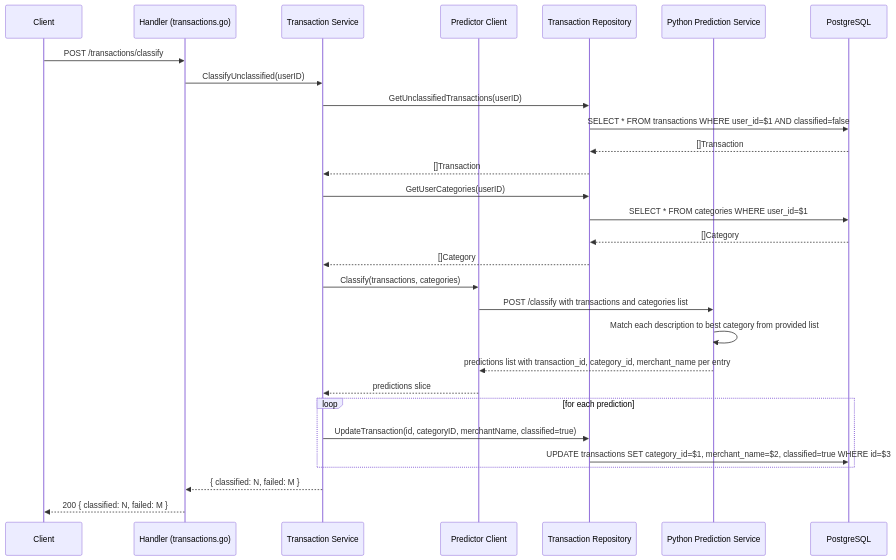
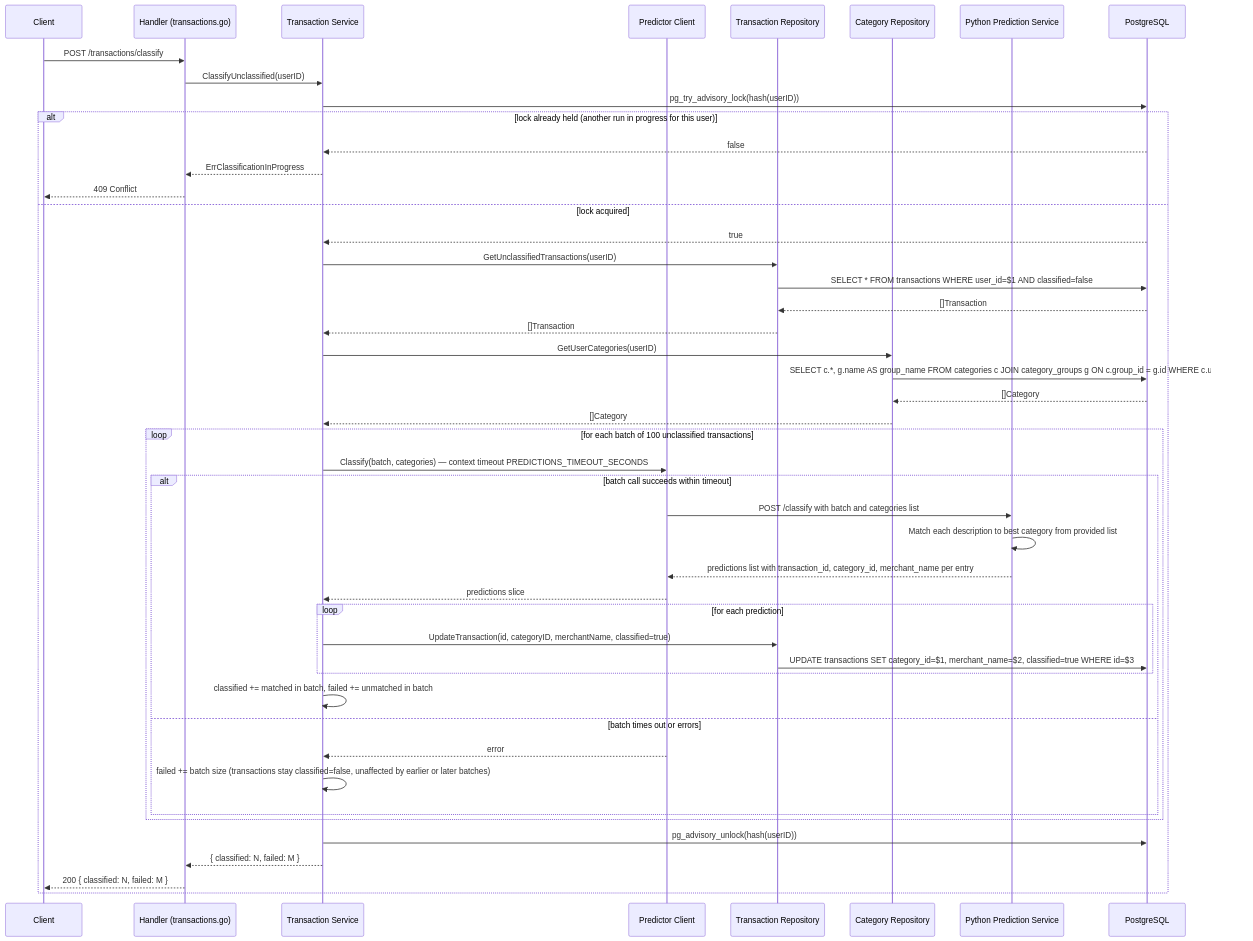
The tenth of 13 diagrams in backend/docs/flows.md (ppinedo0714/a-couple-of-coins), drawn with Mermaid before and after one commit. The commit also changed other lines of this file and 3 other files, not shown here.

````diff
--- a/backend/docs/flows.md
+++ b/backend/docs/flows.md
@@ -184,36 +402,53 @@
 ```mermaid
 sequenceDiagram
     participant C as Client
     participant H as Handler (transactions.go)
     participant TS as Transaction Service
     participant PC as Predictor Client
     participant TR as Transaction Repository
+    participant CR as Category Repository
     participant PS as Python Prediction Service
     participant DB as PostgreSQL
 
     C->>H: POST /transactions/classify
     H->>TS: ClassifyUnclassified(userID)
-    TS->>TR: GetUnclassifiedTransactions(userID)
-    TR->>DB: SELECT * FROM transactions WHERE user_id=$1 AND classified=false
-    DB-->>TR: []Transaction
-    TR-->>TS: []Transaction
+    TS->>DB: pg_try_advisory_lock(hash(userID))
+    alt lock already held (another run in progress for this user)
+        DB-->>TS: false
+        TS-->>H: ErrClassificationInProgress
+        H-->>C: 409 Conflict
+    else lock acquired
+        DB-->>TS: true
+        TS->>TR: GetUnclassifiedTransactions(userID)
+        TR->>DB: SELECT * FROM transactions WHERE user_id=$1 AND classified=false
+        DB-->>TR: []Transaction
+        TR-->>TS: []Transaction
 
-    TS->>TR: GetUserCategories(userID)
-    TR->>DB: SELECT * FROM categories WHERE user_id=$1
-    DB-->>TR: []Category
-    TR-->>TS: []Category
+        TS->>CR: GetUserCategories(userID)
+        CR->>DB: SELECT c.*, g.name AS group_name FROM categories c JOIN category_groups g ON c.group_id = g.id WHERE c.user_id=$1
+        DB-->>CR: []Category
+        CR-->>TS: []Category
 
-    TS->>PC: Classify(transactions, categories)
-    PC->>PS: POST /classify with transactions and categories list
-    PS->>PS: Match each description to best category from provided list
-    PS-->>PC: predictions list with transaction_id, category_id, merchant_name per entry
-    PC-->>TS: predictions slice
+        loop for each batch of 100 unclassified transactions
+            TS->>PC: Classify(batch, categories) — context timeout PREDICTIONS_TIMEOUT_SECONDS
+            alt batch call succeeds within timeout
+                PC->>PS: POST /classify with batch and categories list
+                PS->>PS: Match each description to best category from provided list
+                PS-->>PC: predictions list with transaction_id, category_id, merchant_name per entry
+                PC-->>TS: predictions slice
+                loop for each prediction
+                    TS->>TR: UpdateTransaction(id, categoryID, merchantName, classified=true)
+                    TR->>DB: UPDATE transactions SET category_id=$1, merchant_name=$2, classified=true WHERE id=$3
+                end
+                TS->>TS: classified += matched in batch, failed += unmatched in batch
+            else batch times out or errors
+                PC-->>TS: error
+                TS->>TS: failed += batch size (transactions stay classified=false, unaffected by earlier or later batches)
+            end
+        end
 
-    loop for each prediction
-        TS->>TR: UpdateTransaction(id, categoryID, merchantName, classified=true)
-        TR->>DB: UPDATE transactions SET category_id=$1, merchant_name=$2, classified=true WHERE id=$3
+        TS->>DB: pg_advisory_unlock(hash(userID))
+        TS-->>H: { classified: N, failed: M }
+        H-->>C: 200 { classified: N, failed: M }
     end
-
-    TS-->>H: { classified: N, failed: M }
-    H-->>C: 200 { classified: N, failed: M }
 ```
````
